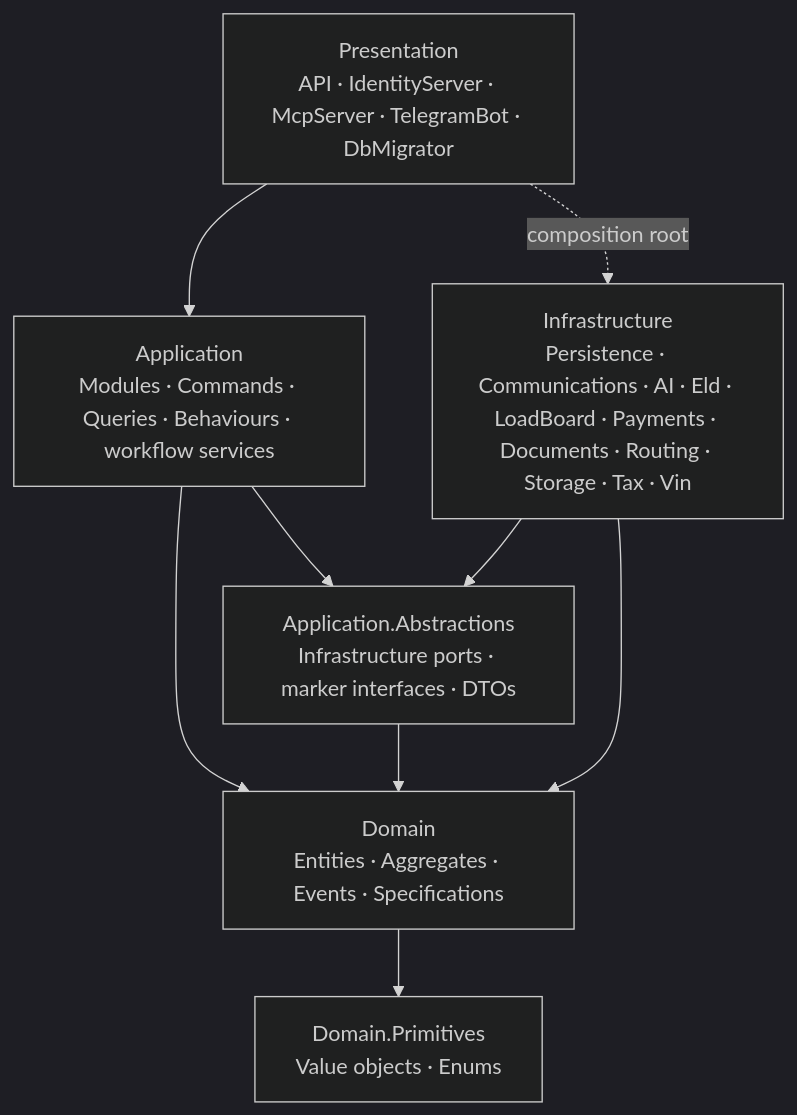
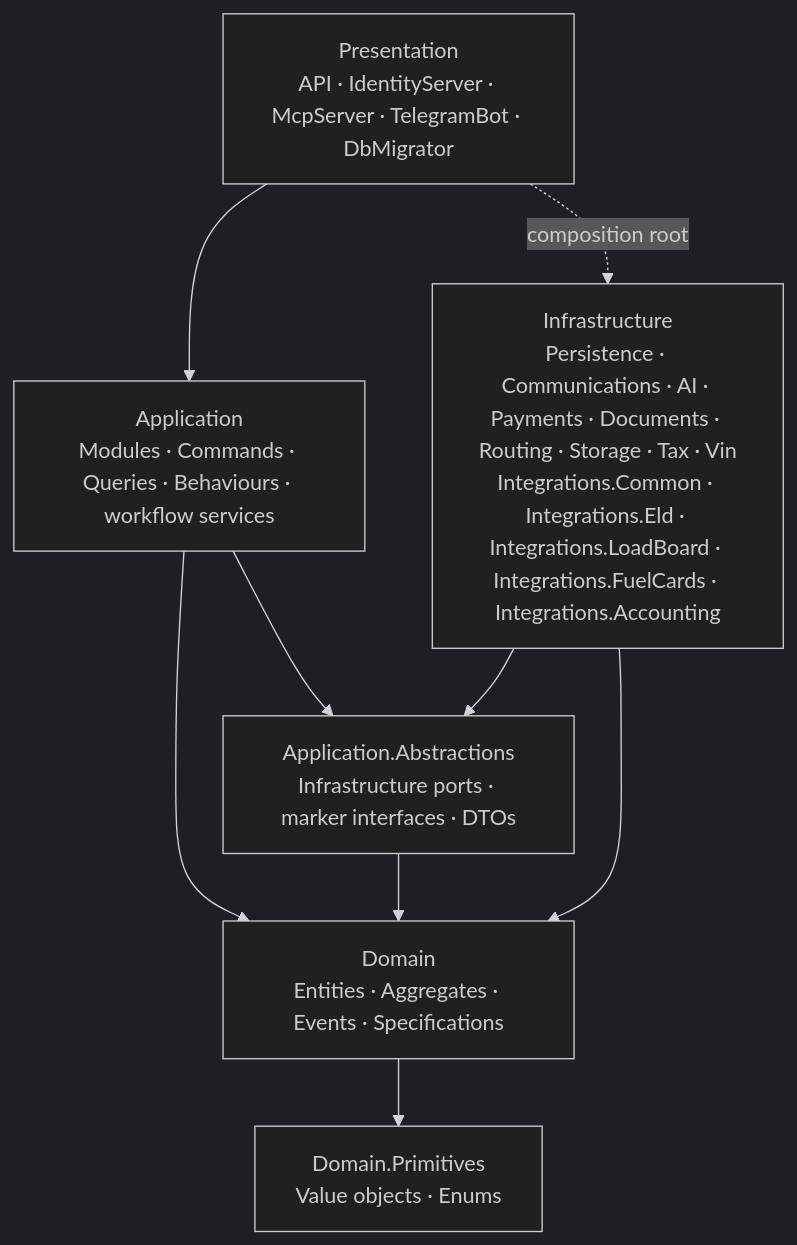
Before and after one commit to ehtick/logistics-app: the second of 3 diagrams in docs/architecture/overview.md, drawn with Mermaid (dark theme). The commit also changed other lines of this file and 287 other files, not shown here.

First line of the commit message:
Add broker credit checks, fuel card integrations, and IFTA reporting (#42)

````diff
--- a/docs/architecture/overview.md
+++ b/docs/architecture/overview.md
@@ -82,18 +83,18 @@
 ```mermaid
 flowchart TB
     P["Presentation<br/>API · IdentityServer · McpServer · TelegramBot · DbMigrator"]
     A["Application<br/>Modules · Commands · Queries · Behaviours · workflow services"]
     Ab["Application.Abstractions<br/>Infrastructure ports · marker interfaces · DTOs"]
     D["Domain<br/>Entities · Aggregates · Events · Specifications"]
     Pr["Domain.Primitives<br/>Value objects · Enums"]
-    I["Infrastructure<br/>Persistence · Communications · AI · Eld · LoadBoard · Payments · Documents · Routing · Storage · Tax · Vin"]
+    I["Infrastructure<br/>Persistence · Communications · AI · Payments · Documents · Routing · Storage · Tax · Vin<br/>Integrations.Common · Integrations.Eld · Integrations.LoadBoard · Integrations.FuelCards · Integrations.Accounting"]
 
     P --> A
     P -.composition root.-> I
     A --> Ab
     A --> D
     Ab --> D
     D --> Pr
     I --> Ab
     I --> D
 ```
````
